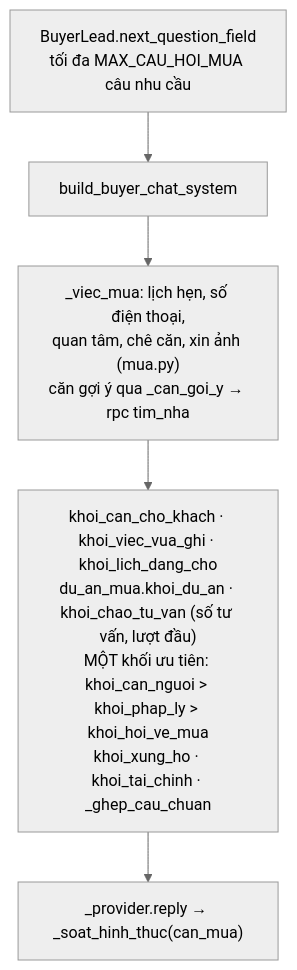
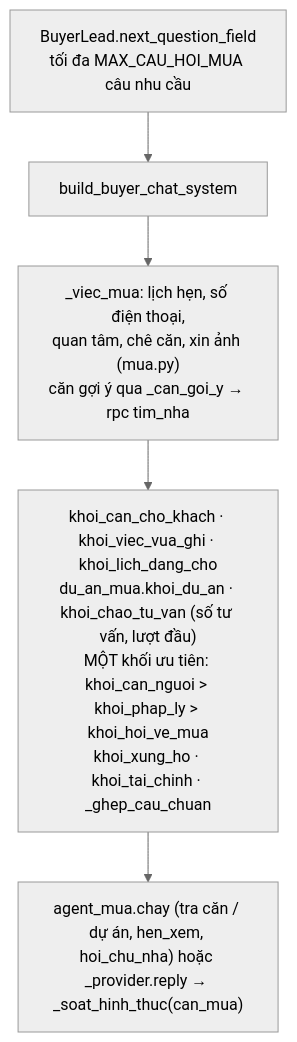
Before and after one commit to quang507/AOND: the fourth of 4 diagrams in docs/13-so-do-nhan-va-boc-tach.md, drawn with Mermaid (neutral theme). The commit also changed other lines of this file and 12 other files, not shown here.

````diff
--- a/docs/13-so-do-nhan-va-boc-tach.md
+++ b/docs/13-so-do-nhan-va-boc-tach.md
@@ -90,7 +95,7 @@
 ```mermaid
 flowchart TD
   B0["BuyerLead.next_question_field<br/>tối đa MAX_CAU_HOI_MUA câu nhu cầu"] --> B1["build_buyer_chat_system"]
   B1 --> B2["_viec_mua: lịch hẹn, số điện thoại,<br/>quan tâm, chê căn, xin ảnh (mua.py)<br/>căn gợi ý qua _can_goi_y → rpc tim_nha"]
   B2 --> B3["khoi_can_cho_khach · khoi_viec_vua_ghi · khoi_lich_dang_cho<br/>du_an_mua.khoi_du_an · khoi_chao_tu_van (số tư vấn, lượt đầu)<br/>MỘT khối ưu tiên: khoi_can_nguoi > khoi_phap_ly > khoi_hoi_ve_mua<br/>khoi_xung_ho · khoi_tai_chinh · _ghep_cau_chuan"]
-  B3 --> B4["_provider.reply → _soat_hinh_thuc(can_mua)"]
+  B3 --> B4["agent_mua.chay (tra căn / dự án, hen_xem, hoi_chu_nha) hoặc _provider.reply → _soat_hinh_thuc(can_mua)"]
 ```
````
